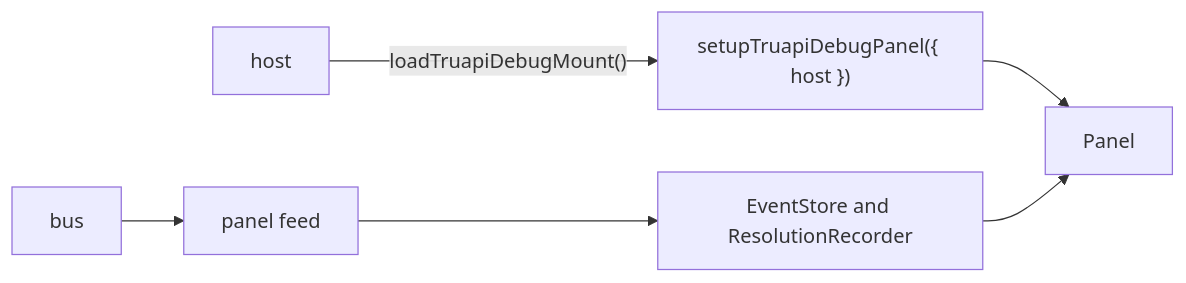
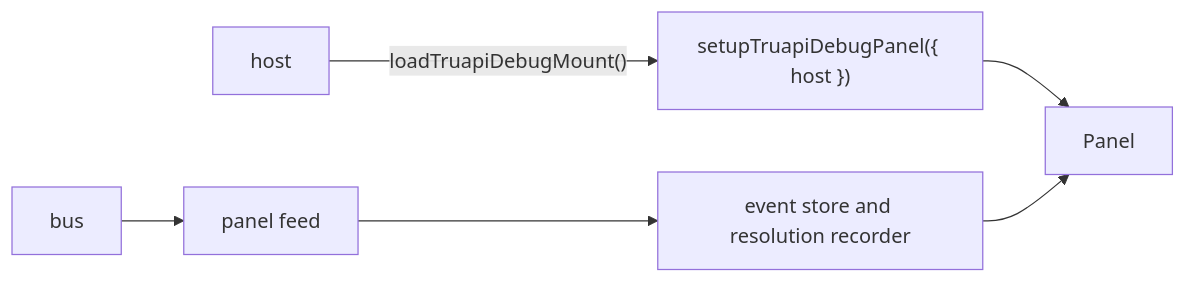
Before and after one commit to paritytech/dotli-community: the diagram in packages/truapi-debug-ui/README.md, drawn with Mermaid. The commit also changed other lines of this file and 2629 other files, not shown here.

````diff
--- a/packages/truapi-debug-ui/README.md
+++ b/packages/truapi-debug-ui/README.md
@@ -20,5 +20,5 @@
 ```mermaid
 flowchart LR
   host -- "loadTruapiDebugMount()" --> setup["setupTruapiDebugPanel({ host })"] --> panel[Panel]
-  bus --> feed[panel feed] --> store["EventStore and ResolutionRecorder"] --> panel
+  bus --> feed[panel feed] --> store["event store and resolution recorder"] --> panel
 ```
````
